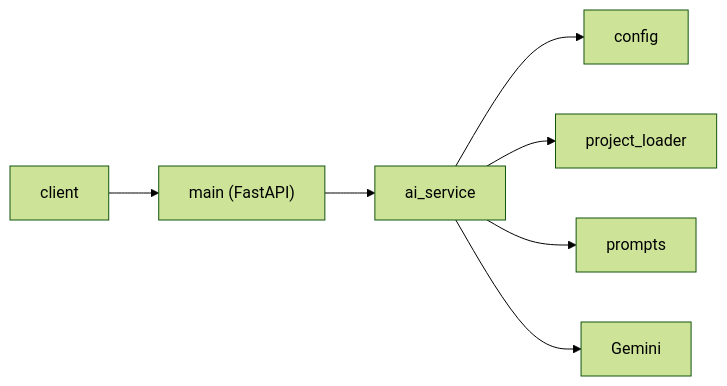
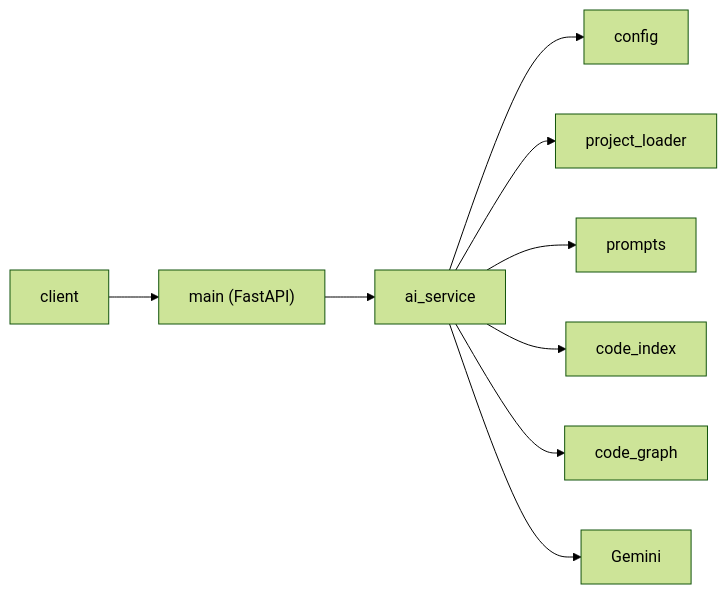
One commit to vladsocaciu1/embedded-ai-copilot changed the diagram in README.md. Above: the diagram before and after it, drawn with Mermaid (forest theme). The commit also changed other lines of this file and 6 other files, not shown here.

````diff
--- a/README.md
+++ b/README.md
@@ -11,9 +11,11 @@
 ```mermaid
 flowchart LR
     client --> main["main (FastAPI)"]
     main --> ai_service
     ai_service --> config
     ai_service --> project_loader
     ai_service --> prompts
+    ai_service --> code_index
+    ai_service --> code_graph
     ai_service --> Gemini
 ```
````
